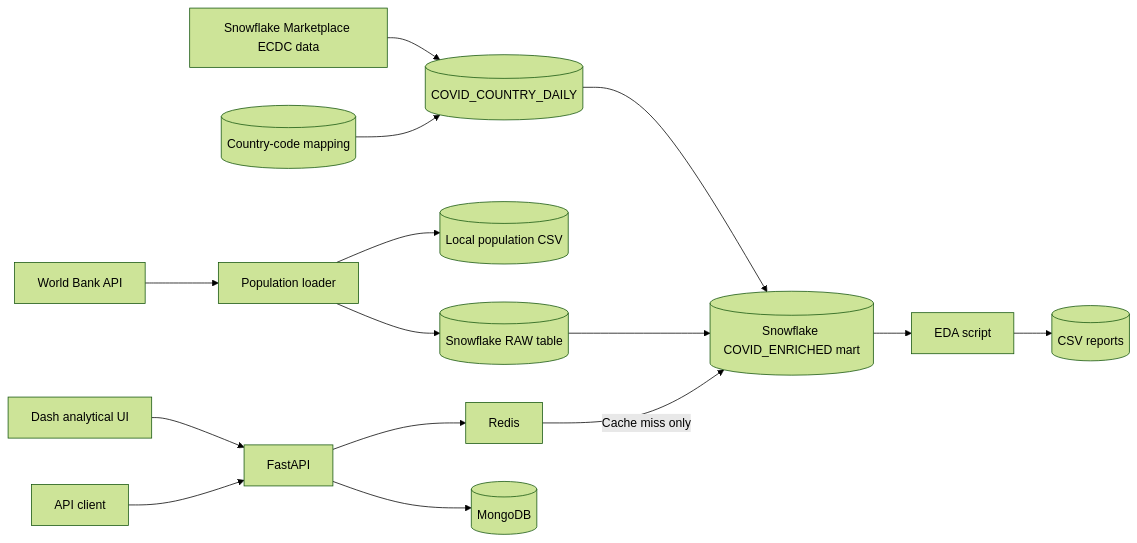
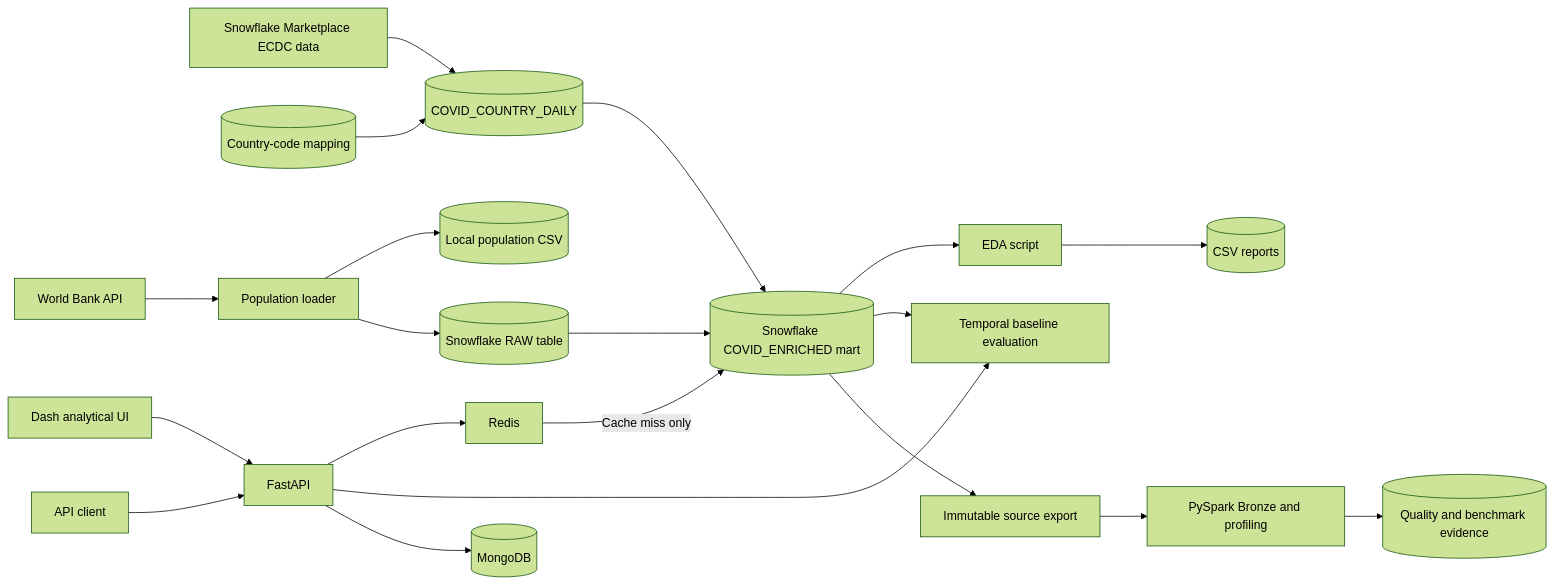
Before and after one commit to synku20777/bootcamp-project: the diagram in README.md, drawn with Mermaid (forest theme). The commit also changed other lines of this file and 18 other files, not shown here.

````diff
--- a/README.md
+++ b/README.md
@@ -412,18 +415,24 @@
 ```mermaid
 flowchart LR
     Market[Snowflake Marketplace ECDC data] --> Staging[(COVID_COUNTRY_DAILY)]
     Mapping[(Country-code mapping)] --> Staging
     WB[World Bank API] --> Loader[Population loader]
     Loader --> CSV[(Local population CSV)]
     Loader --> Raw[(Snowflake RAW table)]
     Staging --> Marts[(Snowflake COVID_ENRICHED mart)]
     Raw --> Marts
     Marts --> EDA[EDA script]
     EDA --> Reports[(CSV reports)]
 
     Browser[Dash analytical UI] --> API[FastAPI]
     Client[API client] --> API
     API --> Redis
     Redis -->|Cache miss only| Marts
+    API --> Forecast[Temporal baseline evaluation]
+    Marts --> Forecast
     API --> Mongo[(MongoDB)]
+
+    Marts --> Export[Immutable source export]
+    Export --> Spark[PySpark Bronze and profiling]
+    Spark --> Evidence[(Quality and benchmark evidence)]
 ```
````
